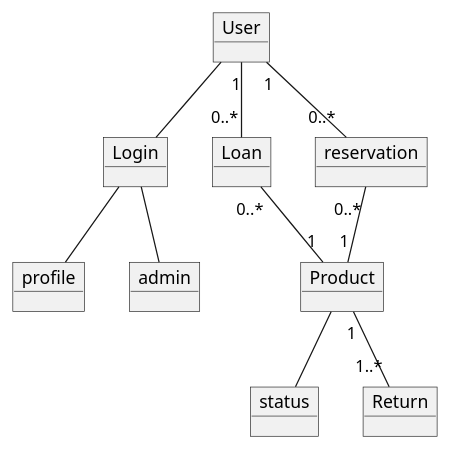
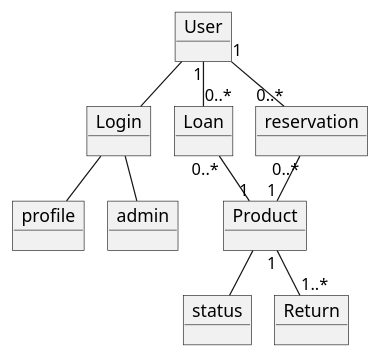
One commit to daud0095/Pet-Project changed the diagram in Doc/DomæneModel.puml. Above: the diagram before and after it, drawn with PlantUML. The commit also changed 1 other file, not shown here.

```diff
--- a/Doc/DomæneModel.puml
+++ b/Doc/DomæneModel.puml
@@ -1,25 +1,25 @@
 @startuml
-'https://plantuml.com/use-case-diagram
+!pragma layout smetana
 
 object User
 object Login
 object profile
 object Product
 object Loan
 object status
 object reservation
 object Return
 object admin
 
 
 User --  Login
 Login -- admin
 Login -- profile
 User "1" -- "0..*" Loan
 Loan "0..*" -- "1" Product
 User "1" -- "0..*" reservation
 reservation "0..*" -- "1" Product
 Product -- status
 Product "1" -- "1..*" Return
 
 @enduml
```
